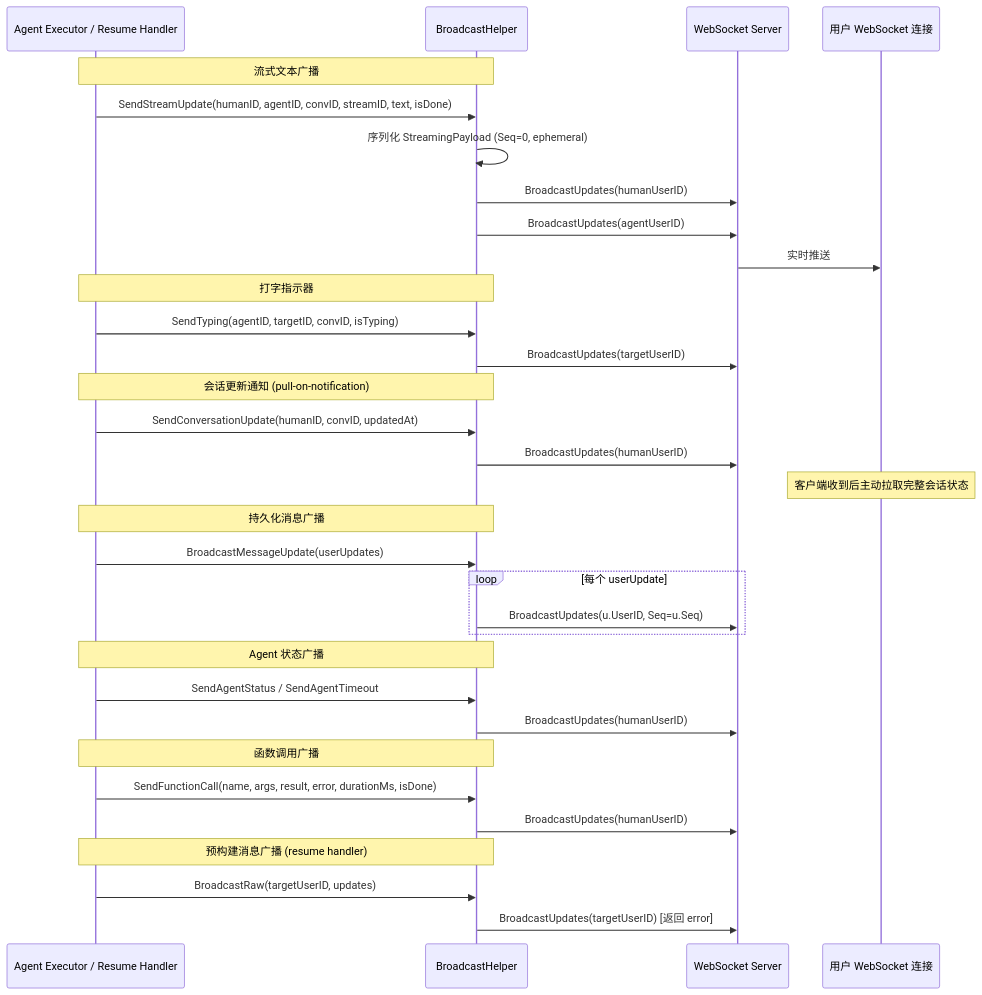
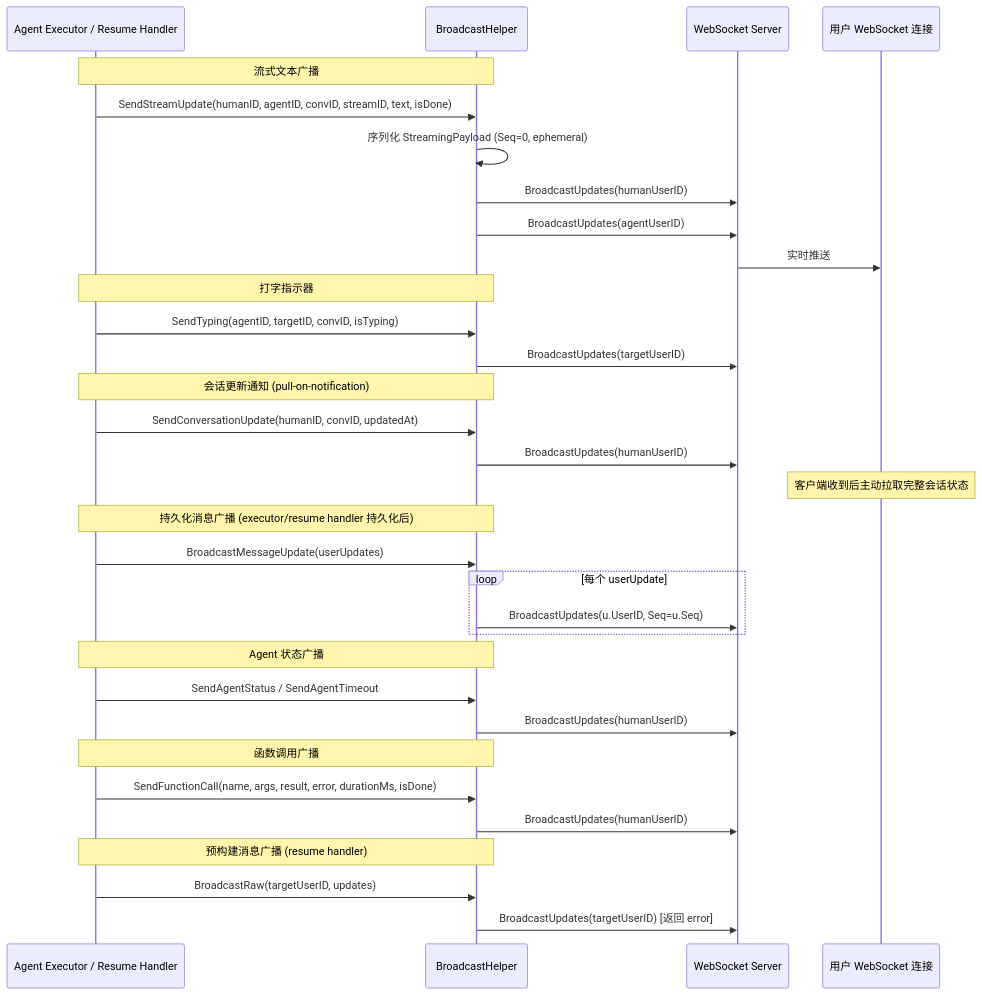
One commit to PineappleBond/xyncra-server changed the eighth of 9 diagrams in wiki/flows/mq-async.md. Above: the diagram before and after it, drawn with Mermaid. The commit also changed other lines of this file and 4 other files, not shown here.

First line of the commit message:
docs(wiki): accuracy improvements across flow documents

````diff
--- a/wiki/flows/mq-async.md
+++ b/wiki/flows/mq-async.md
@@ -764,41 +764,41 @@
 ```mermaid
 sequenceDiagram
     participant Caller as Agent Executor / Resume Handler
     participant BH as BroadcastHelper
     participant WS as WebSocket Server
     participant Client as 用户 WebSocket 连接
 
     Note over Caller,BH: 流式文本广播
     Caller->>BH: SendStreamUpdate(humanID, agentID, convID, streamID, text, isDone)
     BH->>BH: 序列化 StreamingPayload (Seq=0, ephemeral)
     BH->>WS: BroadcastUpdates(humanUserID)
     BH->>WS: BroadcastUpdates(agentUserID)
     WS->>Client: 实时推送
 
     Note over Caller,BH: 打字指示器
     Caller->>BH: SendTyping(agentID, targetID, convID, isTyping)
     BH->>WS: BroadcastUpdates(targetUserID)
 
     Note over Caller,BH: 会话更新通知 (pull-on-notification)
     Caller->>BH: SendConversationUpdate(humanID, convID, updatedAt)
     BH->>WS: BroadcastUpdates(humanUserID)
     Note over Client: 客户端收到后主动拉取完整会话状态
 
-    Note over Caller,BH: 持久化消息广播
+    Note over Caller,BH: 持久化消息广播 (executor/resume handler 持久化后)
     Caller->>BH: BroadcastMessageUpdate(userUpdates)
     loop 每个 userUpdate
         BH->>WS: BroadcastUpdates(u.UserID, Seq=u.Seq)
     end
 
     Note over Caller,BH: Agent 状态广播
     Caller->>BH: SendAgentStatus / SendAgentTimeout
     BH->>WS: BroadcastUpdates(humanUserID)
 
     Note over Caller,BH: 函数调用广播
     Caller->>BH: SendFunctionCall(name, args, result, error, durationMs, isDone)
     BH->>WS: BroadcastUpdates(humanUserID)
 
     Note over Caller,BH: 预构建消息广播 (resume handler)
     Caller->>BH: BroadcastRaw(targetUserID, updates)
     BH->>WS: BroadcastUpdates(targetUserID) [返回 error]
 ```
````
